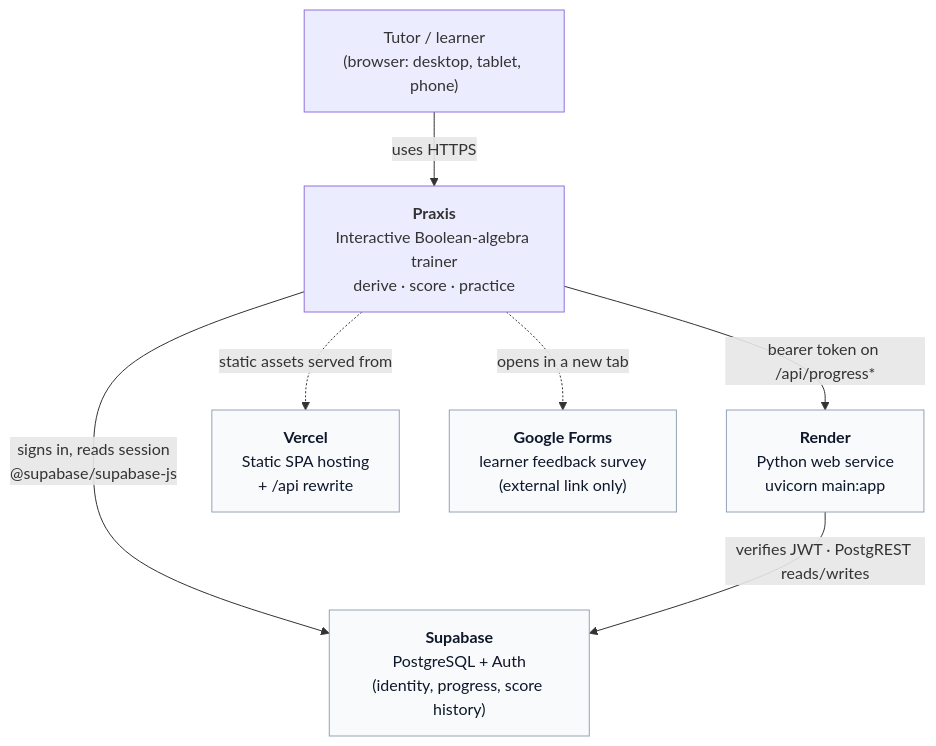
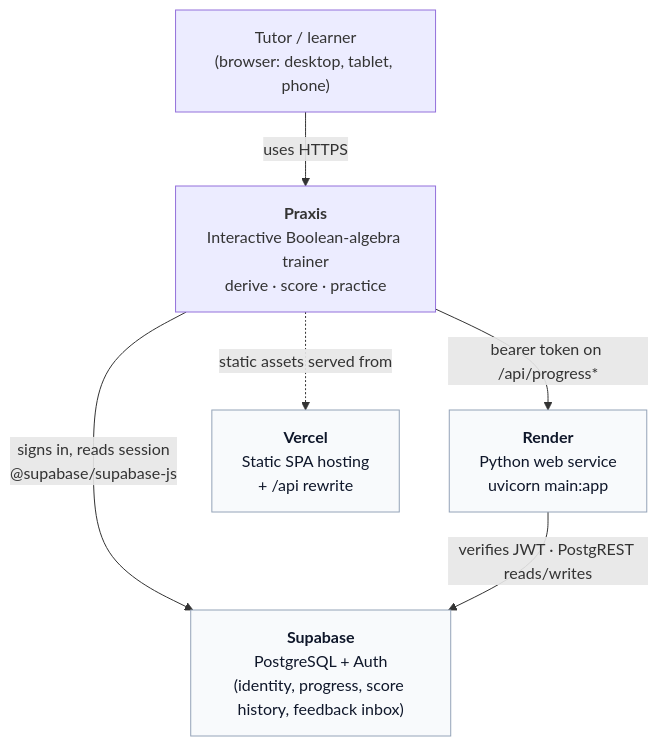
The first of 5 diagrams in docs/02-architecture/SAD.md (Freezeh11/Praxis), drawn with Mermaid before and after one commit. The commit also changed other lines of this file and 15 other files, not shown here.

````diff
--- a/docs/02-architecture/SAD.md
+++ b/docs/02-architecture/SAD.md
@@ -58,19 +58,17 @@
 ```mermaid
 flowchart TB
     learner["Tutor / learner<br/>(browser: desktop, tablet, phone)"]
     praxis["<b>Praxis</b><br/>Interactive Boolean-algebra trainer<br/>derive · score · practice"]
-    supa["<b>Supabase</b><br/>PostgreSQL + Auth<br/>(identity, progress, score history)"]
+    supa["<b>Supabase</b><br/>PostgreSQL + Auth<br/>(identity, progress, score history, feedback inbox)"]
     render["<b>Render</b><br/>Python web service<br/>uvicorn main:app"]
     vercel["<b>Vercel</b><br/>Static SPA hosting<br/>+ /api rewrite"]
-    forms["<b>Google Forms</b><br/>learner feedback survey<br/>(external link only)"]
 
     learner -->|"uses HTTPS"| praxis
     praxis -->|"signs in, reads session<br/>@supabase/supabase-js"| supa
     praxis -->|"bearer token on /api/progress*"| render
     praxis -.->|"static assets served from"| vercel
-    praxis -.->|"opens in a new tab"| forms
     render -->|"verifies JWT · PostgREST reads/writes"| supa
 
     classDef ext fill:#f8fafc,stroke:#94a3b8,color:#0f172a
-    class supa,render,vercel,forms ext
+    class supa,render,vercel ext
 ```
````
